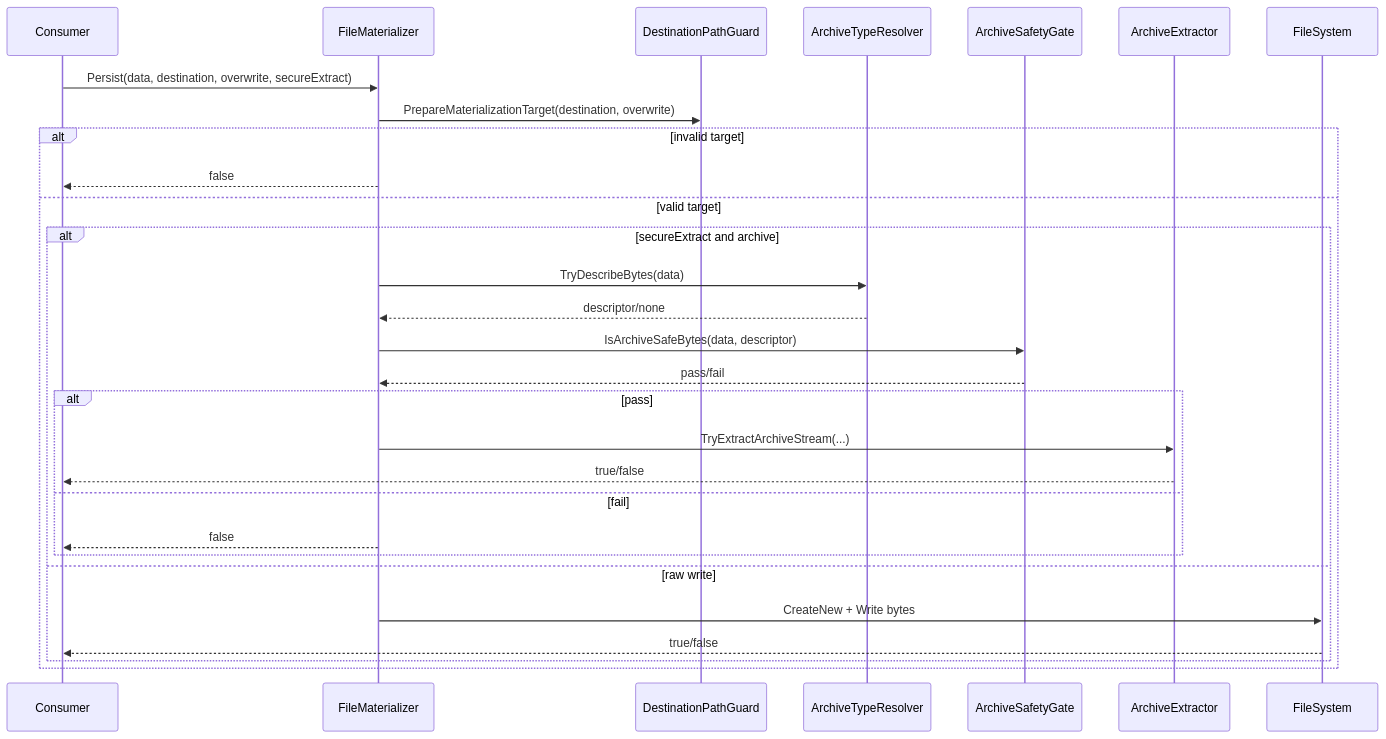
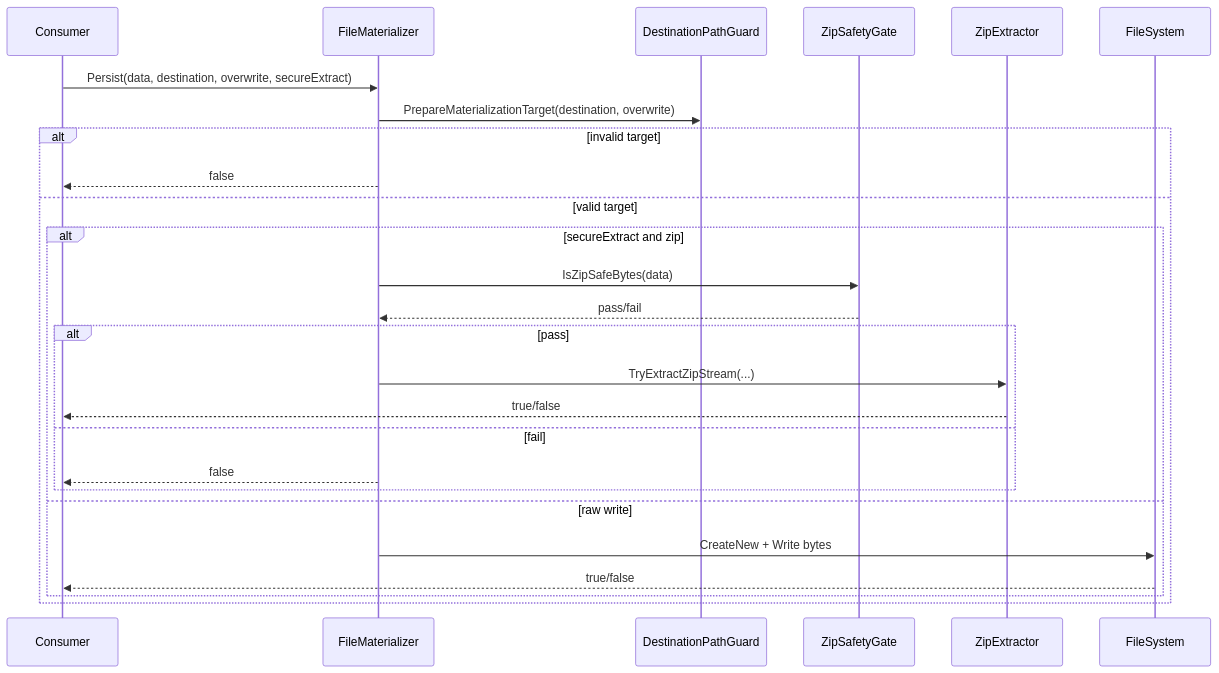
The seventh of 9 diagrams in docs/02_ARCHITECTURE_AND_FLOWS.md (tomtastisch/FileClassifier), drawn with Mermaid before and after one commit. The commit also changed other lines of this file and 80 other files, not shown here.

````diff
--- a/docs/02_ARCHITECTURE_AND_FLOWS.md
+++ b/docs/02_ARCHITECTURE_AND_FLOWS.md
@@ -261,34 +261,31 @@
 ```mermaid
 sequenceDiagram
   participant Caller as Consumer
   participant MAT as FileMaterializer
   participant Guard as DestinationPathGuard
-  participant Resolver as ArchiveTypeResolver
-  participant Gate as ArchiveSafetyGate
-  participant Extract as ArchiveExtractor
+  participant Gate as ZipSafetyGate
+  participant Extract as ZipExtractor
   participant FS as FileSystem
 
   Caller->>MAT: Persist(data, destination, overwrite, secureExtract)
   MAT->>Guard: PrepareMaterializationTarget(destination, overwrite)
 
   alt invalid target
     MAT-->>Caller: false
   else valid target
-    alt secureExtract and archive
-      MAT->>Resolver: TryDescribeBytes(data)
-      Resolver-->>MAT: descriptor/none
-      MAT->>Gate: IsArchiveSafeBytes(data, descriptor)
+    alt secureExtract and zip
+      MAT->>Gate: IsZipSafeBytes(data)
       Gate-->>MAT: pass/fail
 
       alt pass
-        MAT->>Extract: TryExtractArchiveStream(...)
+        MAT->>Extract: TryExtractZipStream(...)
         Extract-->>Caller: true/false
       else fail
         MAT-->>Caller: false
       end
     else raw write
       MAT->>FS: CreateNew + Write bytes
       FS-->>Caller: true/false
     end
   end
 ```
````
